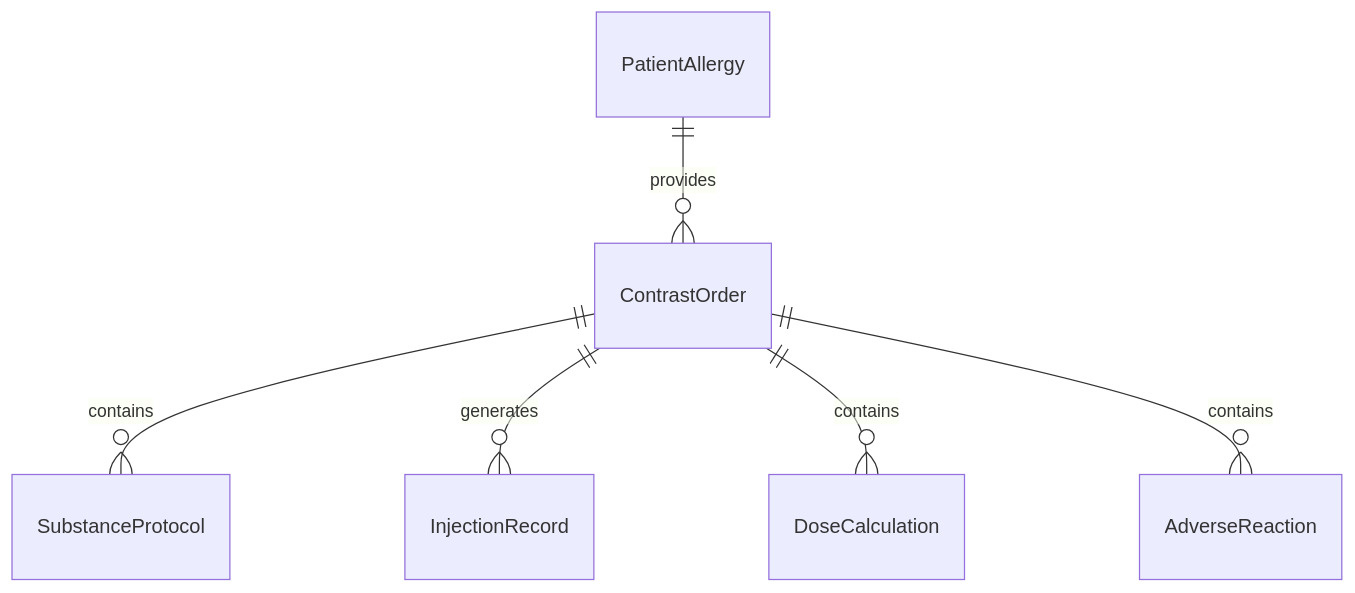
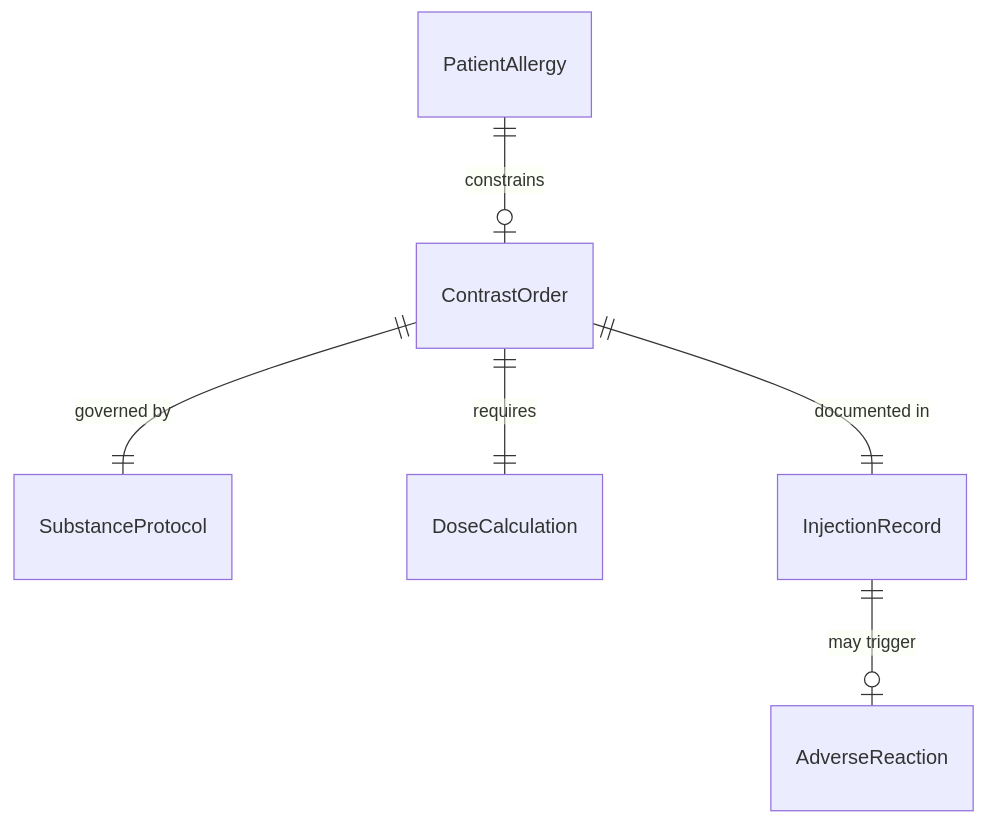
One commit to dot-org-ai/tasks.org.ai changed the first of 4 diagrams in AssistingAndCaringForOthers/AdministerBasicHealthCareOrMedicalTreatments/AdministerMedicalSubstancesImagingProcedures.mdx. Above: the diagram before and after it, drawn with Mermaid. The commit also changed other lines of this file and 32 other files, not shown here.

First line of the commit message:
fix: Improve ER and State diagrams in 32 AssistingAndCaringForOthers DWA files

````diff
--- a/AssistingAndCaringForOthers/AdministerBasicHealthCareOrMedicalTreatments/AdministerMedicalSubstancesImagingProcedures.mdx
+++ b/AssistingAndCaringForOthers/AdministerBasicHealthCareOrMedicalTreatments/AdministerMedicalSubstancesImagingProcedures.mdx
@@ -88,8 +88,8 @@
 ```mermaid
 erDiagram
-    ContrastOrder ||--o{ SubstanceProtocol : contains
-    ContrastOrder ||--o{ InjectionRecord : generates
-    PatientAllergy ||--o{ ContrastOrder : provides
-    ContrastOrder ||--o{ DoseCalculation : contains
-    ContrastOrder ||--o{ AdverseReaction : contains
+    ContrastOrder ||--|| SubstanceProtocol : "governed by"
+    ContrastOrder ||--|| DoseCalculation : requires
+    PatientAllergy ||--o| ContrastOrder : constrains
+    ContrastOrder ||--|| InjectionRecord : "documented in"
+    InjectionRecord ||--o| AdverseReaction : "may trigger"
 ```
````
